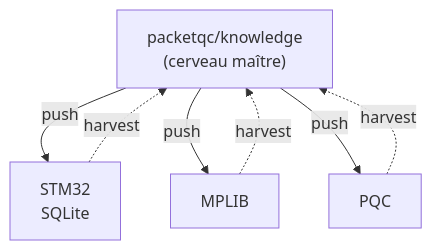
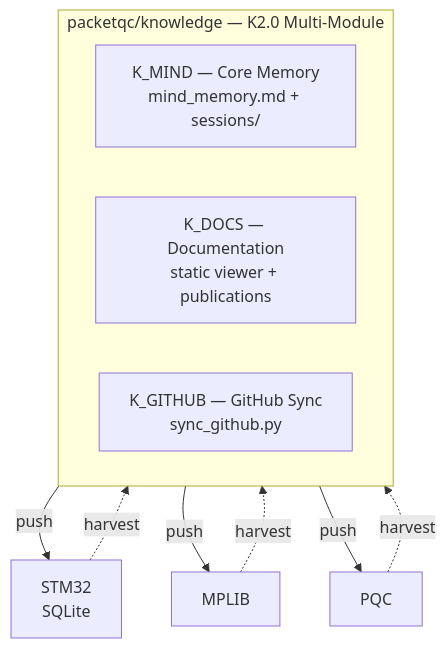
Before and after one commit to packetqc/K_DOCS: the diagram in docs/fr/publications/distributed-minds/index.md, drawn with Mermaid. The commit also changed 3 other files, not shown here.

First line of the commit message:
docs: update distributed-minds mermaid diagrams to K2.0 architecture

````diff
--- a/docs/fr/publications/distributed-minds/index.md
+++ b/docs/fr/publications/distributed-minds/index.md
@@ -38,12 +38,16 @@
 ```mermaid
 flowchart TB
-    MASTER["packetqc/knowledge\n(cerveau maître)"]
+    subgraph MASTER["packetqc/knowledge — K2.0 Multi-Module"]
+        KMIND["K_MIND — Core Memory\nmind_memory.md + sessions/"]
+        KDOCS["K_DOCS — Documentation\nstatic viewer + publications"]
+        KGITHUB["K_GITHUB — GitHub Sync\nsync_github.py"]
+    end
 
     MASTER -- "push" --> PA["STM32\nSQLite"]
     MASTER -- "push" --> PB["MPLIB"]
     MASTER -- "push" --> PC["PQC"]
 
     PA -. "harvest" .-> MASTER
     PB -. "harvest" .-> MASTER
     PC -. "harvest" .-> MASTER
 ```
````
